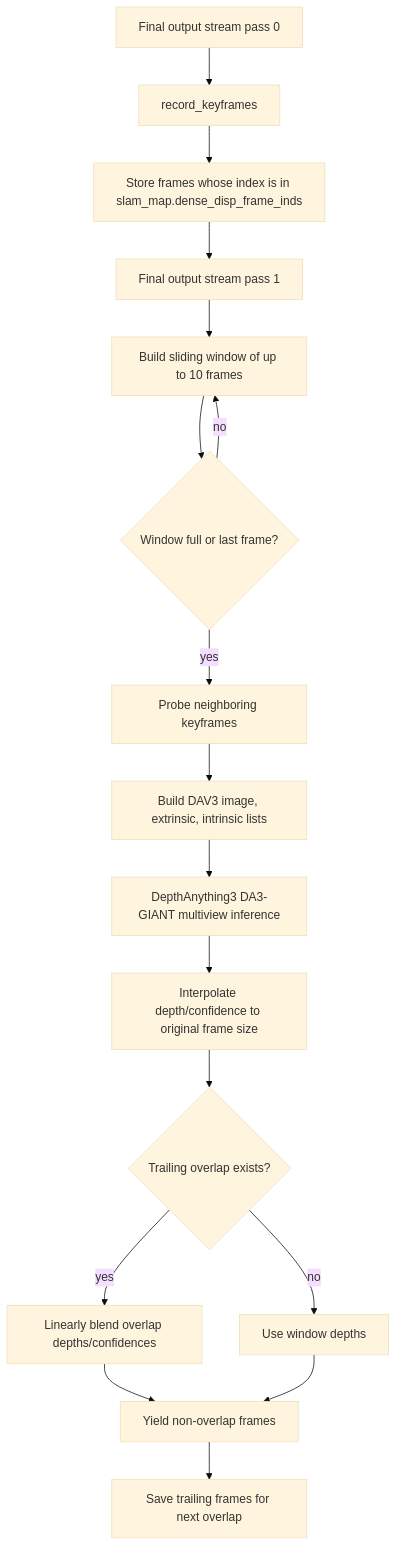
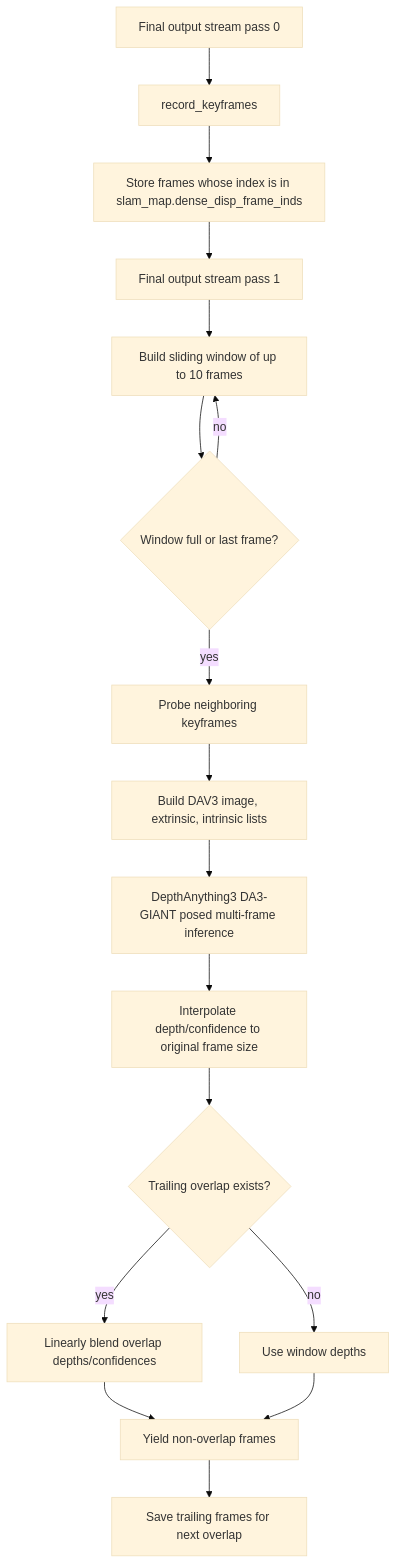
Diagram 11 of 13 in fullexplain.md (sadanand1120/vipe), drawn with Mermaid (base theme) before and after one commit. The commit also changed other lines of this file and 85 other files, not shown here.

````diff
--- a/fullexplain.md
+++ b/fullexplain.md
@@ -1717,19 +1749,19 @@
 ```mermaid
 flowchart TD
     A[Final output stream pass 0] --> B[record_keyframes]
     B --> C[Store frames whose index is in slam_map.dense_disp_frame_inds]
     C --> D[Final output stream pass 1]
     D --> E[Build sliding window of up to 10 frames]
     E --> F{Window full or last frame?}
     F -->|no| E
     F -->|yes| G[Probe neighboring keyframes]
     G --> H[Build DAV3 image, extrinsic, intrinsic lists]
-    H --> I[DepthAnything3 DA3-GIANT multiview inference]
+    H --> I[DepthAnything3 DA3-GIANT posed multi-frame inference]
     I --> J[Interpolate depth/confidence to original frame size]
     J --> K{Trailing overlap exists?}
     K -->|yes| L[Linearly blend overlap depths/confidences]
     K -->|no| M[Use window depths]
     L --> N[Yield non-overlap frames]
     M --> N
     N --> O[Save trailing frames for next overlap]
 ```
````
